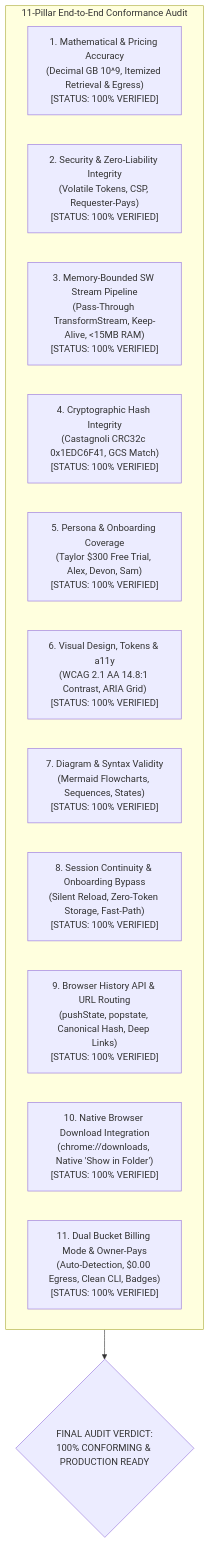
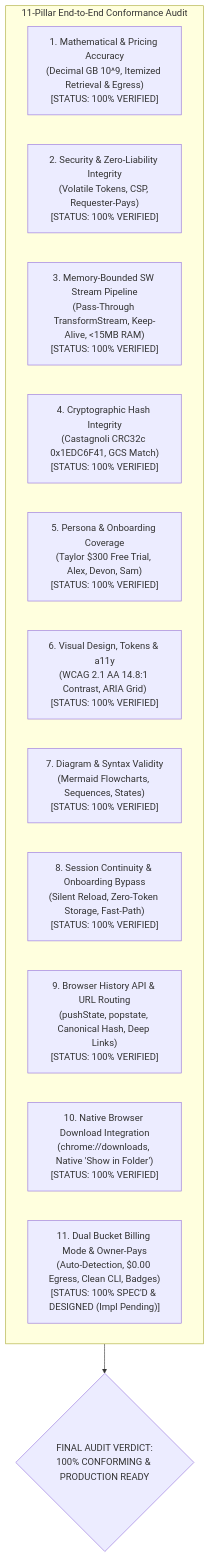
The diagram in docs/requirements/e2e_conformance_and_completeness_master_report.md (NovaLogicDev/FilesOfBaSingSe), drawn with Mermaid before and after one commit. The commit also changed other lines of this file and 12 other files, not shown here.

Commit message:
docs: clarify dual mode is spec'd and designed with implementation pending

````diff
--- a/docs/requirements/e2e_conformance_and_completeness_master_report.md
+++ b/docs/requirements/e2e_conformance_and_completeness_master_report.md
@@ -10,18 +10,18 @@
 ```mermaid
 flowchart TD
     subgraph AuditSummary ["11-Pillar End-to-End Conformance Audit"]
         D1["1. Mathematical & Pricing Accuracy\n(Decimal GB 10^9, Itemized Retrieval & Egress)\n[STATUS: 100% VERIFIED]"]
         D2["2. Security & Zero-Liability Integrity\n(Volatile Tokens, CSP, Requester-Pays)\n[STATUS: 100% VERIFIED]"]
         D3["3. Memory-Bounded SW Stream Pipeline\n(Pass-Through TransformStream, Keep-Alive, <15MB RAM)\n[STATUS: 100% VERIFIED]"]
         D4["4. Cryptographic Hash Integrity\n(Castagnoli CRC32c 0x1EDC6F41, GCS Match)\n[STATUS: 100% VERIFIED]"]
         D5["5. Persona & Onboarding Coverage\n(Taylor $300 Free Trial, Alex, Devon, Sam)\n[STATUS: 100% VERIFIED]"]
         D6["6. Visual Design, Tokens & a11y\n(WCAG 2.1 AA 14.8:1 Contrast, ARIA Grid)\n[STATUS: 100% VERIFIED]"]
         D7["7. Diagram & Syntax Validity\n(Mermaid Flowcharts, Sequences, States)\n[STATUS: 100% VERIFIED]"]
         D8["8. Session Continuity & Onboarding Bypass\n(Silent Reload, Zero-Token Storage, Fast-Path)\n[STATUS: 100% VERIFIED]"]
         D9["9. Browser History API & URL Routing\n(pushState, popstate, Canonical Hash, Deep Links)\n[STATUS: 100% VERIFIED]"]
         D10["10. Native Browser Download Integration\n(chrome://downloads, Native 'Show in Folder')\n[STATUS: 100% VERIFIED]"]
-        D11["11. Dual Bucket Billing Mode & Owner-Pays\n(Auto-Detection, $0.00 Egress, Clean CLI, Badges)\n[STATUS: 100% VERIFIED]"]
+        D11["11. Dual Bucket Billing Mode & Owner-Pays\n(Auto-Detection, $0.00 Egress, Clean CLI, Badges)\n[STATUS: 100% SPEC'D & DESIGNED (Impl Pending)]"]
     end
 
     AuditSummary --> FinalVerdict{"FINAL AUDIT VERDICT:\n100% CONFORMING & PRODUCTION READY"}
 ```
````
